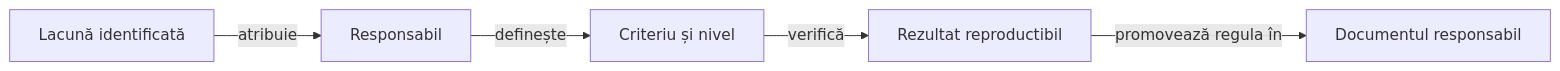
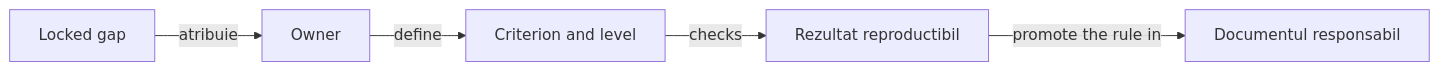
The diagram in docs/feedback/README.md (crististefanita/atf_j4), drawn with Mermaid before and after one commit. The commit also changed other lines of this file and 122 other files, not shown here.

````diff
--- a/docs/feedback/README.md
+++ b/docs/feedback/README.md
@@ -45,7 +45,7 @@
 ```mermaid
 flowchart LR
-    ISSUE[Lacună identificată] -->|atribuie| OWNER[Responsabil]
-    OWNER -->|definește| CRITERION[Criteriu și nivel]
-    CRITERION -->|verifică| CHECK[Rezultat reproductibil]
-    CHECK -->|promovează regula în| CONTRACT[Documentul responsabil]
+    ISSUE[Locked gap] -->|atribuie| OWNER[Owner]
+    OWNER -->|define| CRITERION[Criterion and level]
+    CRITERION -->|checks| CHECK[Rezultat reproductibil]
+    CHECK -->|promote the rule in| CONTRACT[Documentul responsabil]
 ```
````
